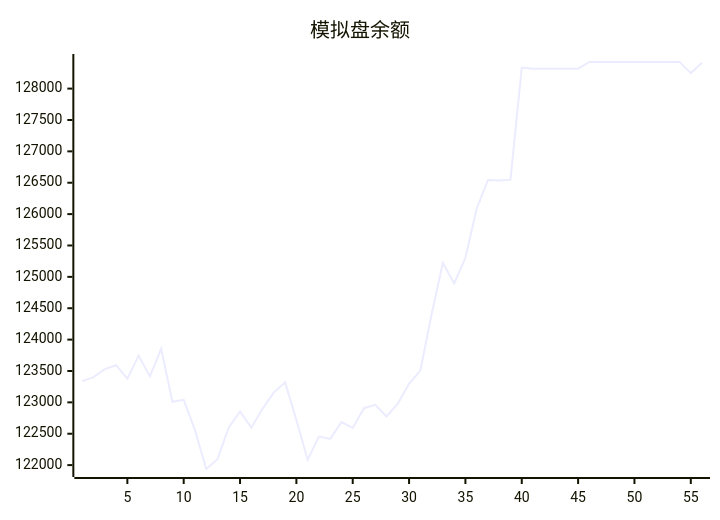
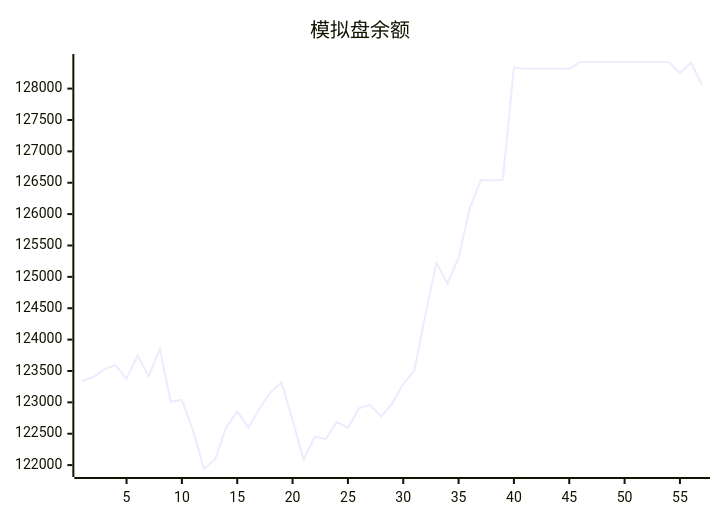
Before and after one commit to aahl/mcp-aktools: the diagram in trading/README.md, drawn with Mermaid. The commit also changed other lines of this file and 1 other file, not shown here.

````diff
--- a/trading/README.md
+++ b/trading/README.md
@@ -3,5 +3,5 @@
 ```mermaid
 xychart
     title "模拟盘余额"
-    line [123338,123402,123530,123592,123378,123745,123413,123853,123009,123040,122557,121938,122095,122599,122856,122597,122898,123160,123319,122719,122087,122454,122416,122685,122592,122907,122961,122776,122981,123295,123507,124403,125224,124894,125303,126088,126544,126534,126549,128335,128318,128318,128318,128318,128318,128424,128424,128424,128424,128424,128424,128424,128424,128424,128247,128412]
+    line [123338,123402,123530,123592,123378,123745,123413,123853,123009,123040,122557,121938,122095,122599,122856,122597,122898,123160,123319,122719,122087,122454,122416,122685,122592,122907,122961,122776,122981,123295,123507,124403,125224,124894,125303,126088,126544,126534,126549,128335,128318,128318,128318,128318,128318,128424,128424,128424,128424,128424,128424,128424,128424,128424,128247,128412,128062]
 ```
````
